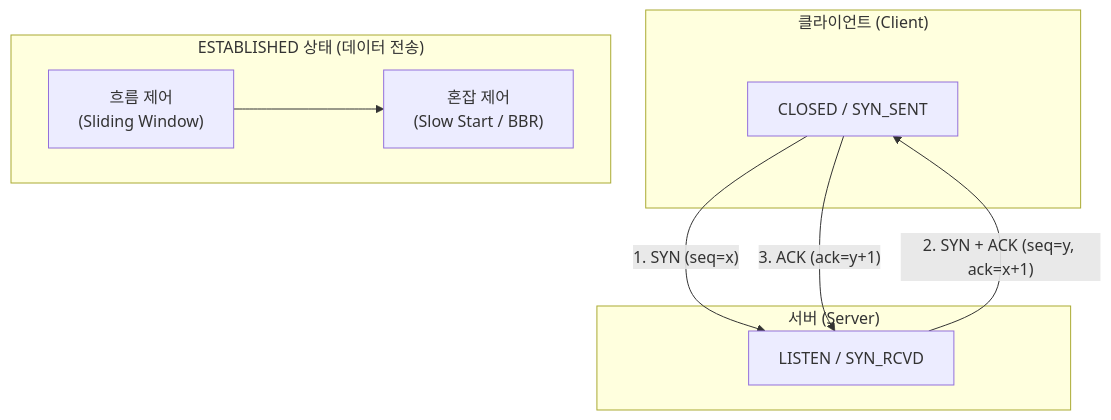
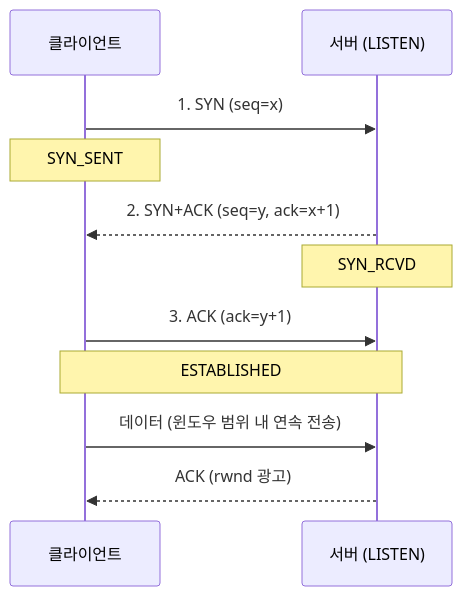
The diagram in content/01_IT Tech/TCP.md (supremethumb/supremethumb.github.io), drawn with Mermaid before and after one commit. The commit also changed other lines of this file and 1087 other files, not shown here.

````diff
--- a/content/01_IT Tech/TCP.md
+++ b/content/01_IT Tech/TCP.md
@@ -23,20 +37,13 @@
 ```mermaid
-flowchart TB
-    subgraph Client["클라이언트 (Client)"]
-        C_Init["CLOSED / SYN_SENT"]
-    end
-
-    subgraph Server["서버 (Server)"]
-        S_Init["LISTEN / SYN_RCVD"]
-    end
-
-    C_Init -- "1. SYN (seq=x)" --> S_Init
-    S_Init -- "2. SYN + ACK (seq=y, ack=x+1)" --> C_Init
-    C_Init -- "3. ACK (ack=y+1)" --> S_Init
-
-    subgraph Connection["ESTABLISHED 상태 (데이터 전송)"]
-        direction LR
-        D1["흐름 제어<br/>(Sliding Window)"] ---> D2["혼잡 제어<br/>(Slow Start / BBR)"]
-    end
-
+sequenceDiagram
+    participant C as 클라이언트
+    participant S as 서버 (LISTEN)
+    C->>S: 1. SYN (seq=x)
+    Note over C: SYN_SENT
+    S-->>C: 2. SYN+ACK (seq=y, ack=x+1)
+    Note over S: SYN_RCVD
+    C->>S: 3. ACK (ack=y+1)
+    Note over C,S: ESTABLISHED
+    C->>S: 데이터 (윈도우 범위 내 연속 전송)
+    S-->>C: ACK (rwnd 광고)
 ```
````
